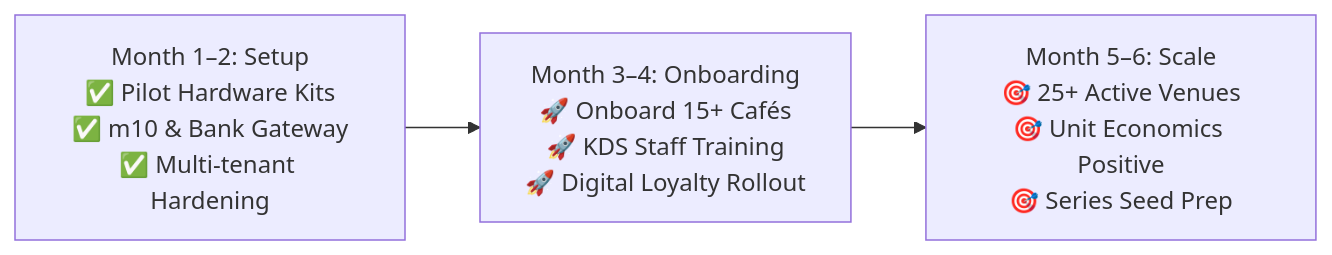
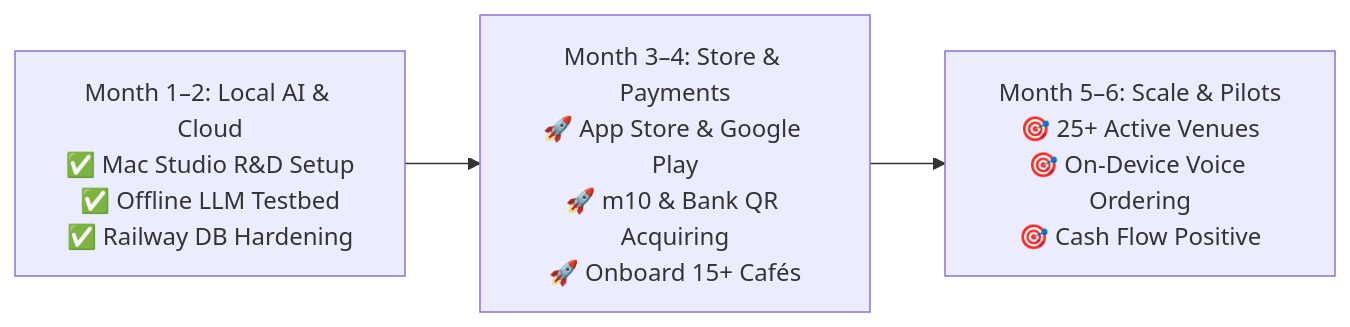
One commit to Enjoyer09/ironwaves-pos-platform changed the diagram in docs/PITCH_DECK.md. Above: the diagram before and after it, drawn with Mermaid. The commit also changed other lines of this file and 3 other files, not shown here.

Commit message:
docs(pitch): update 55/39 AZN pricing, Mac Studio local LLM R&D, and recompile 12-page PDF

````diff
--- a/docs/PITCH_DECK.md
+++ b/docs/PITCH_DECK.md
@@ -243,6 +247,6 @@
 ```mermaid
 flowchart LR
-    M1["Month 1–2: Setup<br/>✅ Pilot Hardware Kits<br/>✅ m10 & Bank Gateway<br/>✅ Multi-tenant Hardening"] 
-    --> M2["Month 3–4: Onboarding<br/>🚀 Onboard 15+ Cafés<br/>🚀 KDS Staff Training<br/>🚀 Digital Loyalty Rollout"]
-    --> M3["Month 5–6: Scale<br/>🎯 25+ Active Venues<br/>🎯 Unit Economics Positive<br/>🎯 Series Seed Prep"]
+    M1["Month 1–2: Local AI & Cloud<br/>✅ Mac Studio R&D Setup<br/>✅ Offline LLM Testbed<br/>✅ Railway DB Hardening"] 
+    --> M2["Month 3–4: Store & Payments<br/>🚀 App Store & Google Play<br/>🚀 m10 & Bank QR Acquiring<br/>🚀 Onboard 15+ Cafés"]
+    --> M3["Month 5–6: Scale & Pilots<br/>🎯 25+ Active Venues<br/>🎯 On-Device Voice Ordering<br/>🎯 Cash Flow Positive"]
 ```
````
